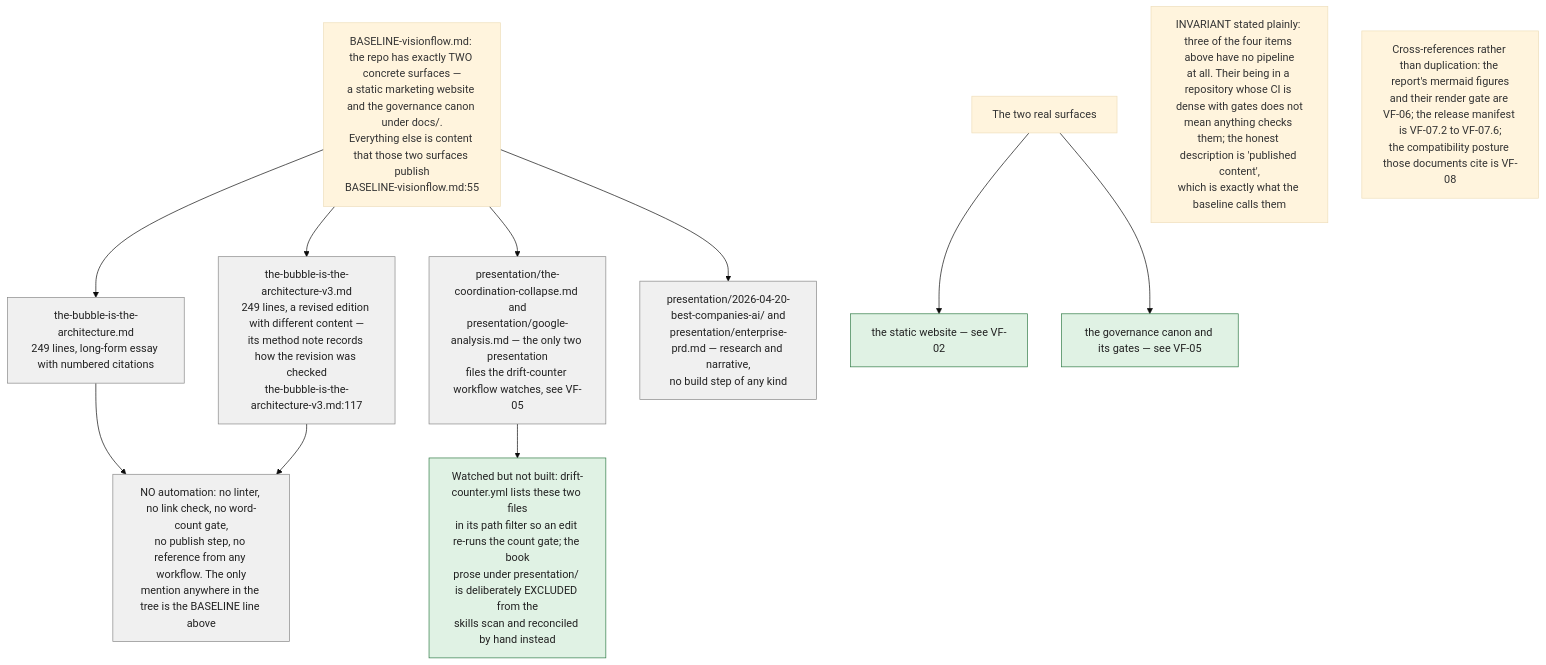
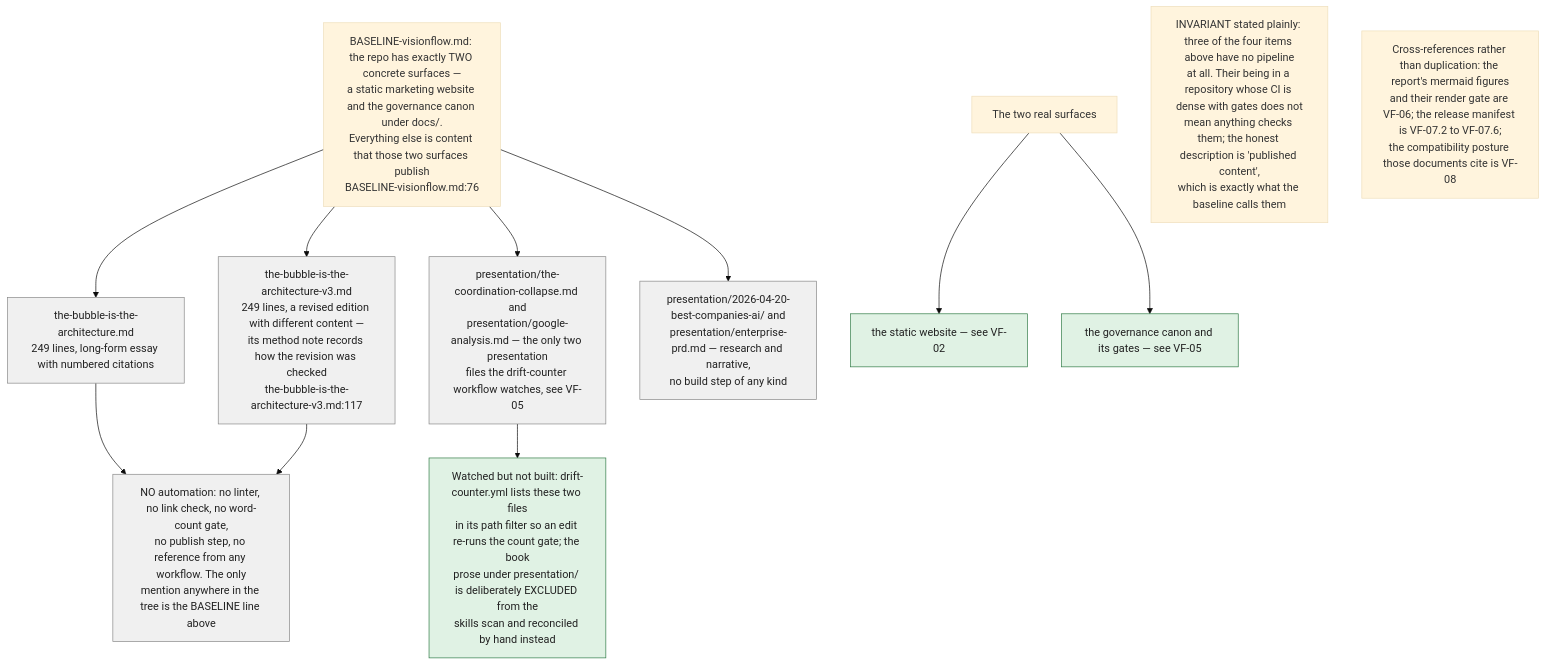
One commit to DreamLab-AI/VisionFlow changed diagram 11 of 11 in docs/diagrams/visionflow/07-pitch-presentation-reports.md. Above: the diagram before and after it, drawn with Mermaid (base theme). The commit also changed other lines of this file and 80 other files, not shown here.

First line of the commit message:
docs(diagrams): re-verify the agentbox, dreamlab, estate and visionflow corpus against current sources

````diff
--- a/docs/diagrams/visionflow/07-pitch-presentation-reports.md
+++ b/docs/diagrams/visionflow/07-pitch-presentation-reports.md
@@ -442,24 +452,24 @@
 ```mermaid
 flowchart TB
     classDef content fill:#f0f0f0,stroke:#888,color:#222
     classDef surface fill:#e0f2e4,stroke:#2f7a45,color:#222
 
-    BASE["BASELINE-visionflow.md: the repo has exactly TWO concrete surfaces —<br/>a static marketing website and the governance canon under docs/.<br/>Everything else is content that those two surfaces publish<br/>BASELINE-visionflow.md:55"]
+    BASE["BASELINE-visionflow.md: the repo has exactly TWO concrete surfaces —<br/>a static marketing website and the governance canon under docs/.<br/>Everything else is content that those two surfaces publish<br/>BASELINE-visionflow.md:76"]
 
     BASE --> C1["the-bubble-is-the-architecture.md<br/>249 lines, long-form essay with numbered citations"]:::content
     BASE --> C2["the-bubble-is-the-architecture-v3.md<br/>249 lines, a revised edition with different content —<br/>its method note records how the revision was checked<br/>the-bubble-is-the-architecture-v3.md:117"]:::content
     BASE --> C3["presentation/the-coordination-collapse.md and<br/>presentation/google-analysis.md — the only two presentation<br/>files the drift-counter workflow watches, see VF-05"]:::content
     BASE --> C4["presentation/2026-04-20-best-companies-ai/ and<br/>presentation/enterprise-prd.md — research and narrative,<br/>no build step of any kind"]:::content
 
     C1 --> N1["NO automation: no linter, no link check, no word-count gate,<br/>no publish step, no reference from any workflow. The only<br/>mention anywhere in the tree is the BASELINE line above"]:::content
     C2 --> N1
 
     C3 --> N2["Watched but not built: drift-counter.yml lists these two files<br/>in its path filter so an edit re-runs the count gate; the book<br/>prose under presentation/ is deliberately EXCLUDED from the<br/>skills scan and reconciled by hand instead"]:::surface
 
     SURF["The two real surfaces"] --> S1["the static website — see VF-02"]:::surface
     SURF --> S2["the governance canon and its gates — see VF-05"]:::surface
 
     HONEST["INVARIANT stated plainly: three of the four items above have no pipeline<br/>at all. Their being in a repository whose CI is dense with gates does not<br/>mean anything checks them; the honest description is 'published content',<br/>which is exactly what the baseline calls them"]
 
     XREF["Cross-references rather than duplication: the report's mermaid figures<br/>and their render gate are VF-06; the release manifest is VF-07.2 to VF-07.6;<br/>the compatibility posture those documents cite is VF-08"]
 ```
````
